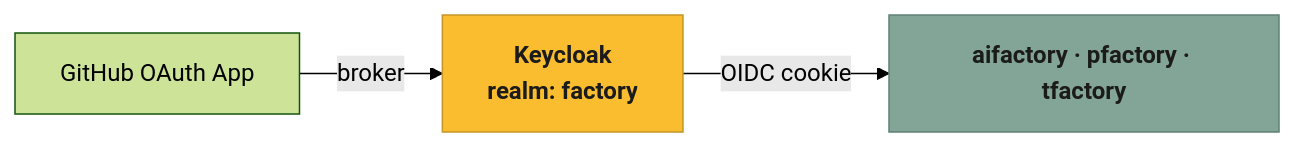
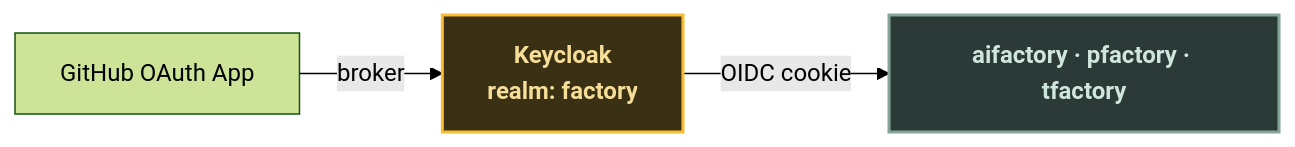
One commit to olafkfreund/Factory changed the diagram in docs/_posts/2026-06-07-keycloak-sso-and-the-401-that-lied.md. Above: the diagram before and after it, drawn with Mermaid (forest theme). The commit also changed 8 other files, not shown here.

First line of the commit message:
docs: dark-fill diagram nodes so text is readable on the live site (#236)

```diff
--- a/docs/_posts/2026-06-07-keycloak-sso-and-the-401-that-lied.md
+++ b/docs/_posts/2026-06-07-keycloak-sso-and-the-401-that-lied.md
@@ -30,8 +30,8 @@
 <div class="mermaid">
 flowchart LR
     GH["GitHub OAuth App"] -- broker --> KC["Keycloak<br/>realm: factory"]
     KC -- "OIDC cookie" --> APPS["aifactory · pfactory · tfactory"]
-    classDef kc fill:#fabd2f,stroke:#c69526,color:#1b1b1b,font-weight:bold;
-    classDef app fill:#83a598,stroke:#5f8175,color:#1b1b1b,font-weight:bold;
+    classDef kc fill:#3a3115,stroke:#fabd2f,stroke-width:2px,color:#f6dd98,font-weight:bold;
+    classDef app fill:#2b3a37,stroke:#83a598,stroke-width:2px,color:#cfe6de,font-weight:bold;
     class KC kc; class APPS app;
 </div>
```
